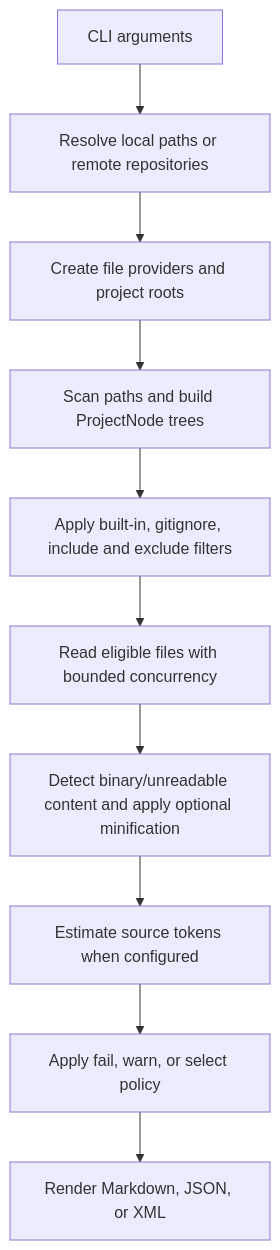
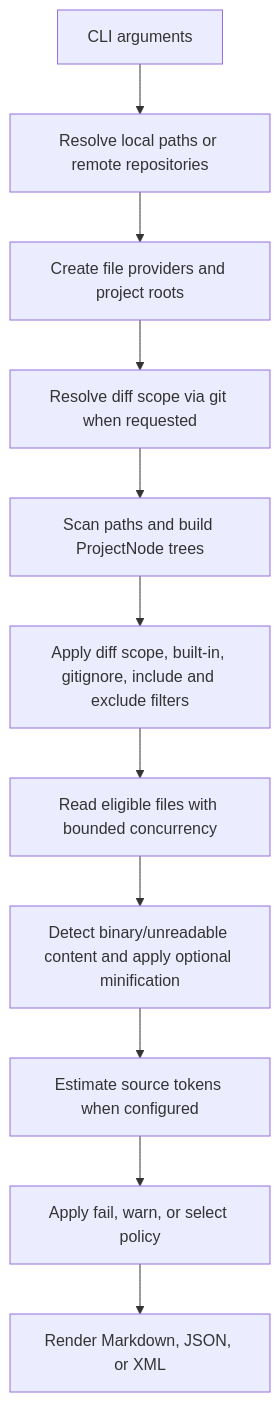
Before and after one commit to blowin/Plutus: the diagram in docs/ARCHITECTURE.md, drawn with Mermaid. The commit also changed other lines of this file and 54 other files, not shown here.

Commit message:
feature/#16 Context Isolation via Git Diff (--diff-only / --diff-from <target>) (#47)

````diff
--- a/docs/ARCHITECTURE.md
+++ b/docs/ARCHITECTURE.md
@@ -16,12 +16,13 @@
 ```mermaid
 flowchart TD
     A[CLI arguments] --> B[Resolve local paths or remote repositories]
     B --> C[Create file providers and project roots]
-    C --> D[Scan paths and build ProjectNode trees]
-    D --> E[Apply built-in, gitignore, include and exclude filters]
-    E --> F[Read eligible files with bounded concurrency]
-    F --> G[Detect binary/unreadable content and apply optional minification]
-    G --> H[Estimate source tokens when configured]
-    H --> I[Apply fail, warn, or select policy]
-    I --> J[Render Markdown, JSON, or XML]
+    C --> D[Resolve diff scope via git when requested]
+    D --> E[Scan paths and build ProjectNode trees]
+    E --> F[Apply diff scope, built-in, gitignore, include and exclude filters]
+    F --> G[Read eligible files with bounded concurrency]
+    G --> H[Detect binary/unreadable content and apply optional minification]
+    H --> I[Estimate source tokens when configured]
+    I --> J[Apply fail, warn, or select policy]
+    J --> K[Render Markdown, JSON, or XML]
 ```
````
